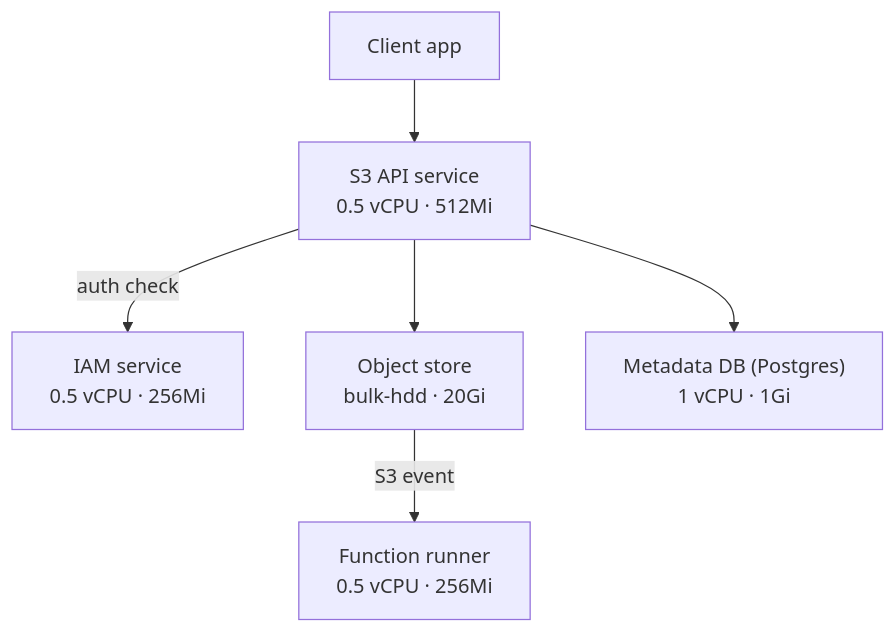
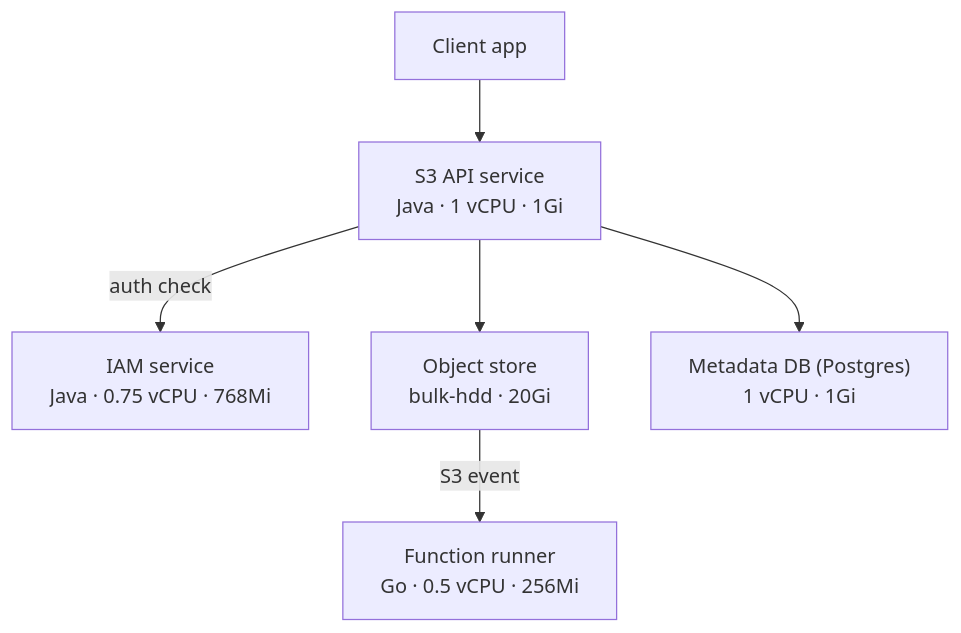
Before and after one commit to aliffaizuddin/AWS: the first of 2 diagrams in docs/architecture.md, drawn with Mermaid. The commit also changed other lines of this file and 44 other files, not shown here.

````diff
--- a/docs/architecture.md
+++ b/docs/architecture.md
@@ -85,8 +87,8 @@
 ```mermaid
 flowchart TD
-    Client["Client app"] --> S3["S3 API service<br/>0.5 vCPU · 512Mi"]
-    S3 -->|auth check| IAM["IAM service<br/>0.5 vCPU · 256Mi"]
+    Client["Client app"] --> S3["S3 API service<br/>Java · 1 vCPU · 1Gi"]
+    S3 -->|auth check| IAM["IAM service<br/>Java · 0.75 vCPU · 768Mi"]
     S3 --> Obj["Object store<br/>bulk-hdd · 20Gi"]
     S3 --> Meta["Metadata DB (Postgres)<br/>1 vCPU · 1Gi"]
-    Obj -->|S3 event| Fn["Function runner<br/>0.5 vCPU · 256Mi"]
+    Obj -->|S3 event| Fn["Function runner<br/>Go · 0.5 vCPU · 256Mi"]
 ```
````
